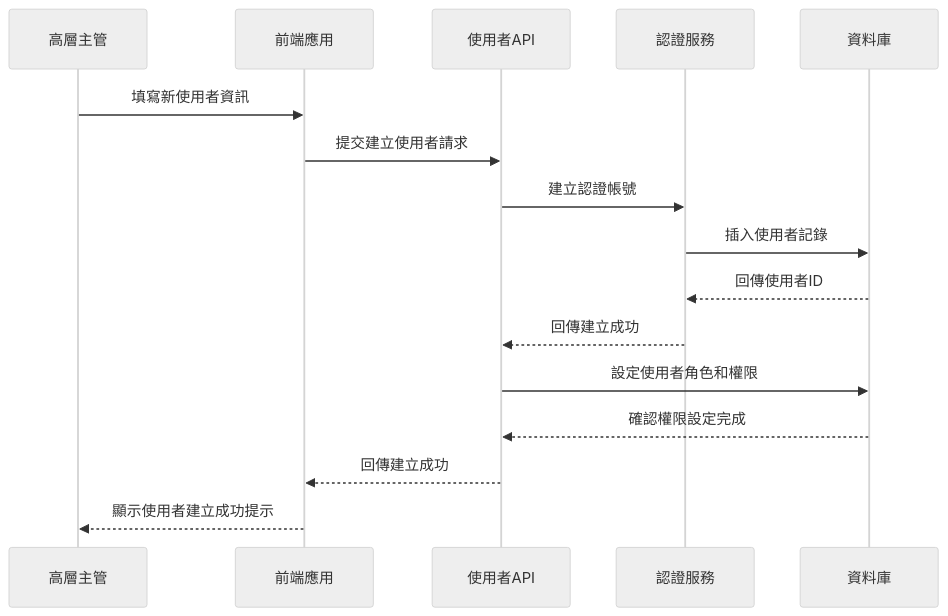
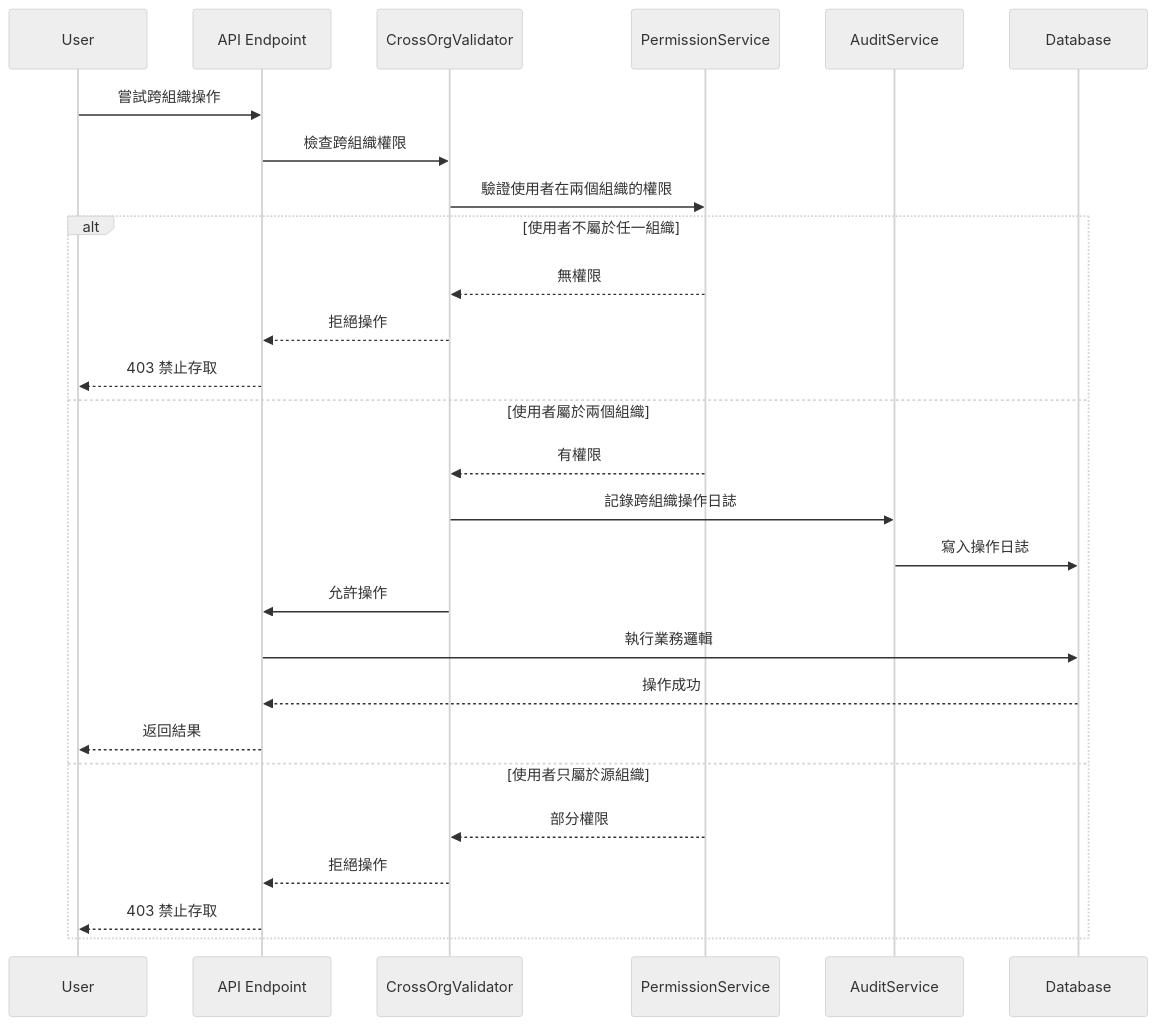
Before and after one commit to quinticechen/qerp-system: diagram 18 of 18 in docs/SEQUENCE_DIAGRAMS.md, drawn with Mermaid (neutral theme). The commit also changed other lines of this file and 9 other files, not shown here.

````diff
--- a/docs/SEQUENCE_DIAGRAMS.md
+++ b/docs/SEQUENCE_DIAGRAMS.md
@@ -499,19 +647,31 @@
 ```mermaid
 sequenceDiagram
-    participant Admin as 高層主管
-    participant Frontend as 前端應用
-    participant UserAPI as 使用者API
-    participant AuthService as 認證服務
-    participant DB as 資料庫
+    participant U as User
+    participant API as API Endpoint
+    participant COV as CrossOrgValidator
+    participant PS as PermissionService
+    participant AS as AuditService
+    participant DB as Database
 
-    Admin->>Frontend: 填寫新使用者資訊
-    Frontend->>UserAPI: 提交建立使用者請求
-    UserAPI->>AuthService: 建立認證帳號
-    AuthService->>DB: 插入使用者記錄
-    DB-->>AuthService: 回傳使用者ID
-    AuthService-->>UserAPI: 回傳建立成功
-    UserAPI->>DB: 設定使用者角色和權限
-    DB-->>UserAPI: 確認權限設定完成
-    UserAPI-->>Frontend: 回傳建立成功
-    Frontend-->>Admin: 顯示使用者建立成功提示
+    U->>API: 嘗試跨組織操作
+    API->>COV: 檢查跨組織權限
+    COV->>PS: 驗證使用者在兩個組織的權限
+    
+    alt 使用者不屬於任一組織
+        PS-->>COV: 無權限
+        COV-->>API: 拒絕操作
+        API-->>U: 403 禁止存取
+    else 使用者屬於兩個組織
+        PS-->>COV: 有權限
+        COV->>AS: 記錄跨組織操作日誌
+        AS->>DB: 寫入操作日誌
+        COV->>API: 允許操作
+        API->>DB: 執行業務邏輯
+        DB-->>API: 操作成功
+        API-->>U: 返回結果
+    else 使用者只屬於源組織
+        PS-->>COV: 部分權限
+        COV-->>API: 拒絕操作
+        API-->>U: 403 禁止存取
+    end
 ```
````
